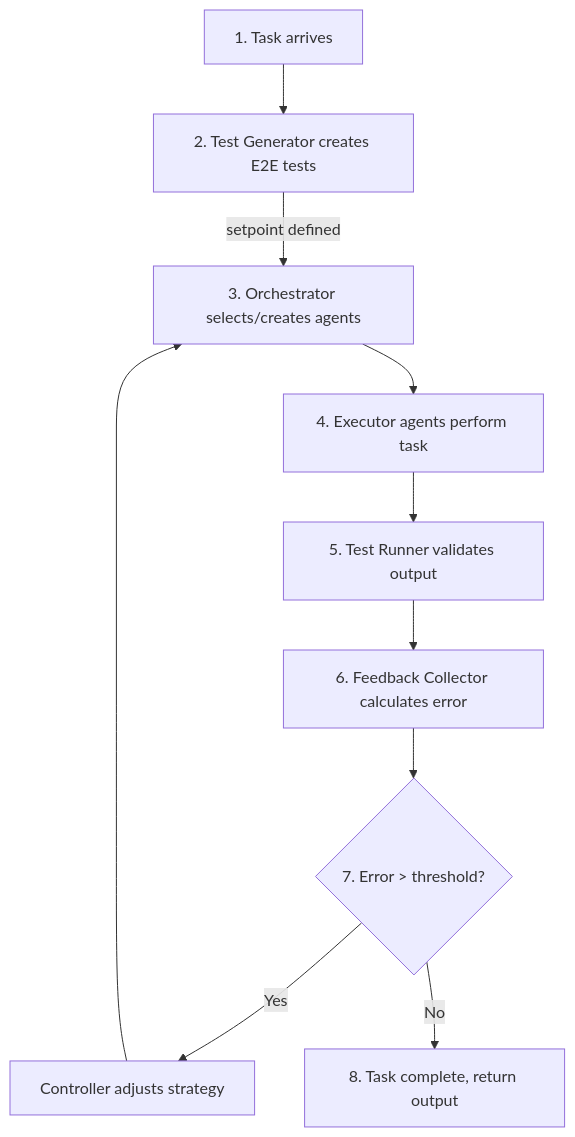
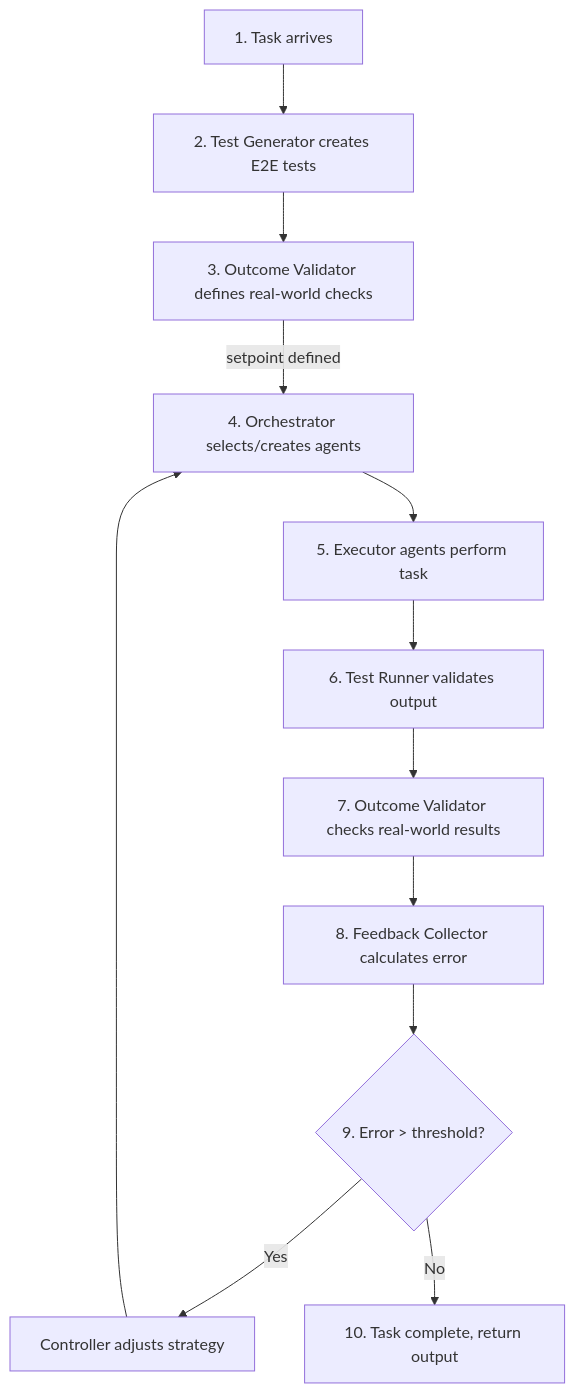
The first of 2 diagrams in docs/arch/03-feedback-loop.md (dshcherbatiuk/forgemaster), drawn with Mermaid before and after one commit. The commit also changed other lines of this file and 8 other files, not shown here.

````diff
--- a/docs/arch/03-feedback-loop.md
+++ b/docs/arch/03-feedback-loop.md
@@ -3,12 +3,14 @@
 ```mermaid
 flowchart TD
     A[1. Task arrives] --> B[2. Test Generator creates E2E tests]
-    B -->|"setpoint defined"| C[3. Orchestrator selects/creates agents]
-    C --> D[4. Executor agents perform task]
-    D --> E[5. Test Runner validates output]
-    E --> F[6. Feedback Collector calculates error]
-    F --> G{7. Error > threshold?}
+    B --> B2[3. Outcome Validator defines real-world checks]
+    B2 -->|"setpoint defined"| C[4. Orchestrator selects/creates agents]
+    C --> D[5. Executor agents perform task]
+    D --> E[6. Test Runner validates output]
+    E --> E2[7. Outcome Validator checks real-world results]
+    E2 --> F[8. Feedback Collector calculates error]
+    F --> G{9. Error > threshold?}
     G -->|Yes| H[Controller adjusts strategy]
     H --> C
-    G -->|No| I[8. Task complete, return output]
+    G -->|No| I[10. Task complete, return output]
 ```
````
